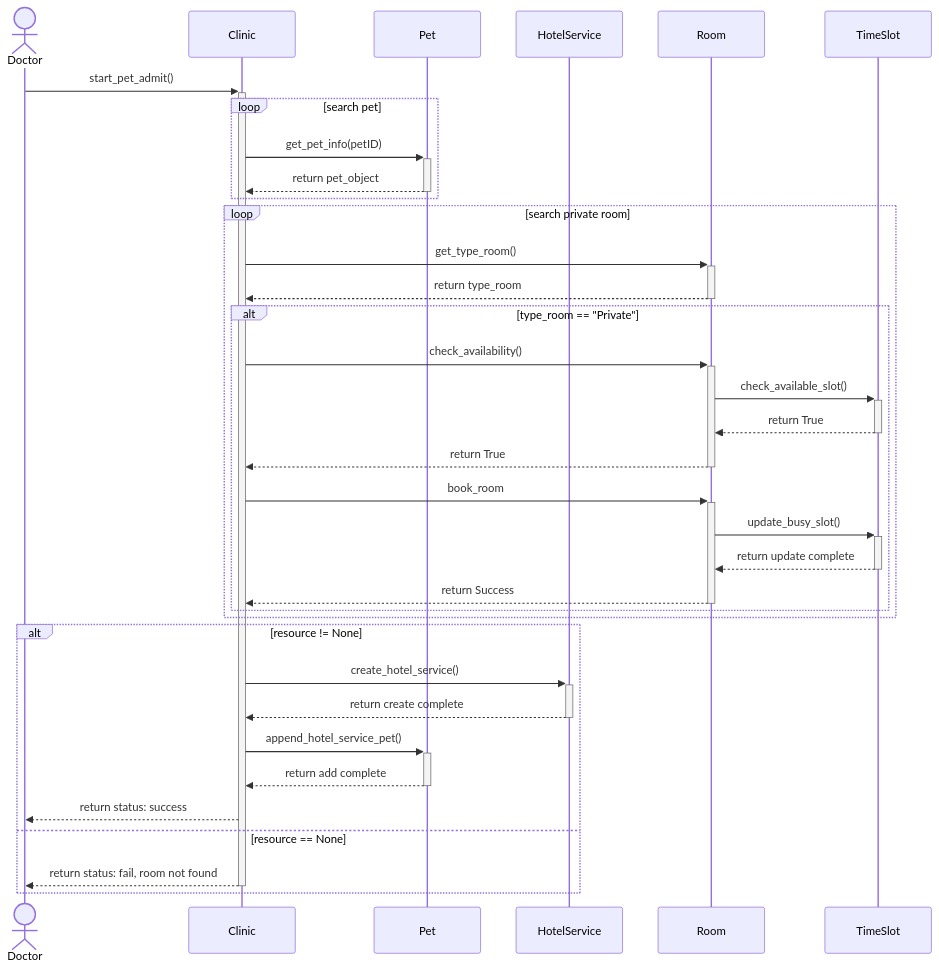
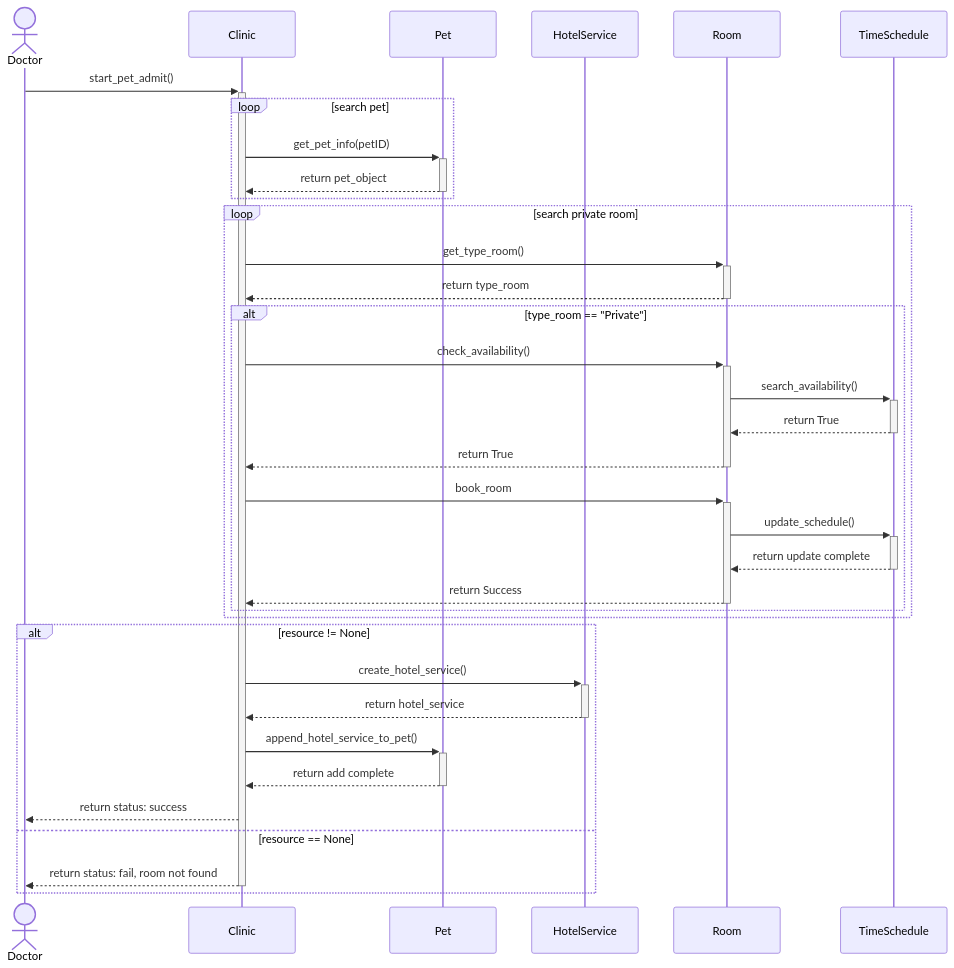
The diagram in SequenceDiagram/pet_admit.mmd (HiruKub/OOP-PROJECT_BASECODE), drawn with Mermaid before and after one commit. The commit also changed 1 other file, not shown here.

Commit message:
fix: update pet admission process to use new room scheduling and service handling methods

```diff
--- a/SequenceDiagram/pet_admit.mmd
+++ b/SequenceDiagram/pet_admit.mmd
@@ -1,38 +1,38 @@
 sequenceDiagram
     actor Doctor
     participant Clinic
     %% participant DoctorClass
     participant Pet
     participant HotelService
 
     Doctor->>+Clinic: start_pet_admit()
 
     loop search pet
     Clinic->>+Pet: get_pet_info(petID)
     Pet-->>-Clinic: return pet_object
     end
 
     loop search private room
     Clinic->>+Room: get_type_room()
         Room-->>-Clinic: return type_room
         alt type_room == "Private"
             Clinic->>+Room: check_availability()
-            Room->>+TimeSlot: check_available_slot()
-            TimeSlot -->>- Room: return True
+            Room->>+TimeSchedule: search_availability()
+            TimeSchedule -->>- Room: return True
             Room-->>-Clinic: return True
             Clinic->>+Room: book_room
-            Room->>+TimeSlot: update_busy_slot()
-            TimeSlot-->>-Room: return update complete
+            Room->>+TimeSchedule: update_schedule()
+            TimeSchedule-->>-Room: return update complete
             Room -->>-Clinic: return Success
         end
     end
 
     alt resource != None
         Clinic->>+HotelService: create_hotel_service()
-        HotelService -->>- Clinic: return create complete
-        Clinic->>+Pet: append_hotel_service_pet()
+        HotelService -->>- Clinic: return hotel_service
+        Clinic->>+Pet: append_hotel_service_to_pet()
         Pet-->>-Clinic: return add complete
         Clinic-->>Doctor: return status: success
     else resource == None
         Clinic-->>-Doctor: return status: fail, room not found
     end
```
